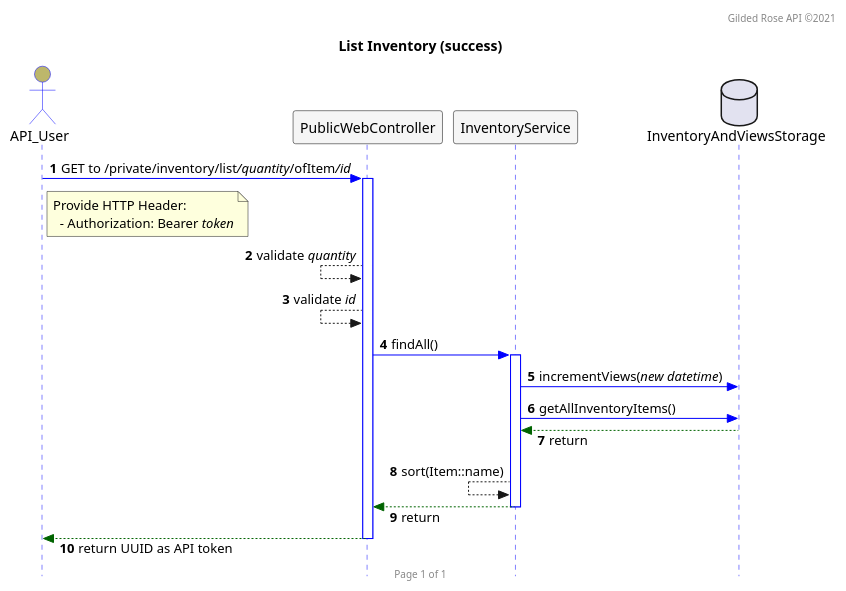
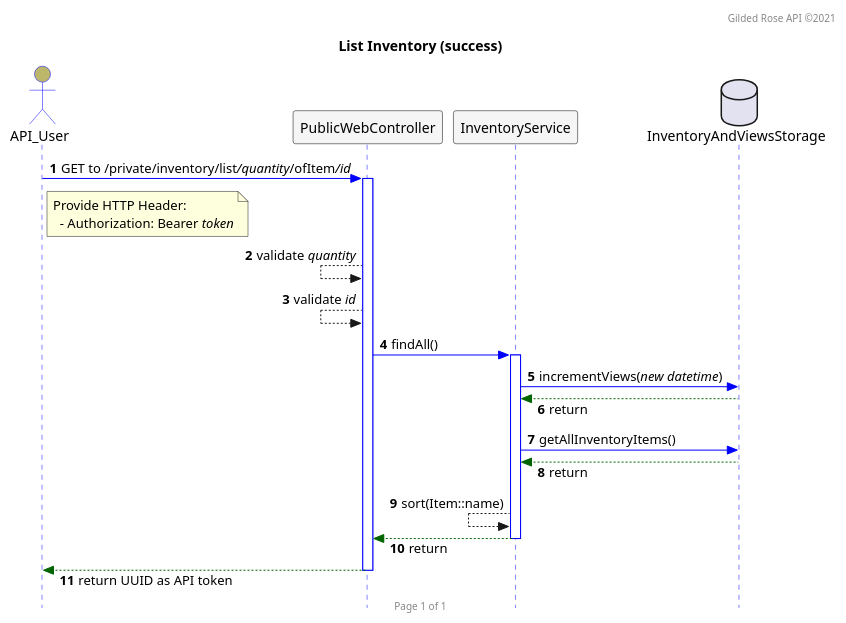
The diagram in src/main/resources/seq.list.puml (bladewheels/GildedRoseAPI), drawn with PlantUML before and after one commit.

```diff
--- a/src/main/resources/seq.list.puml
+++ b/src/main/resources/seq.list.puml
@@ -1,46 +1,47 @@
 @startuml
 
 autonumber
 header Gilded Rose API ©2021
 footer Page 1 of 1
 hide footbox
 
 skinparam responseMessageBelowArrow true
 skinparam sequence {
   ActorBackgroundColor DarkKhaki
   ActorBorderColor Blue
   DatabaseBackgroundColor Gray
   DatabaseBorderColor Black
   LifeLineBorderColor Blue
   ParticipantBackgroundColor WhiteSmoke
   ParticipantBorderColor Black
 }
 skinparam style strictuml
 
 title List Inventory (success)
 
 actor API_User
 participant PublicWebController
 participant InventoryService
 database InventoryAndViewsStorage
 
 API_User -[#0000FF]> PublicWebController : GET to /private/inventory/list///quantity///ofItem///id//
 note right of API_User
  Provide HTTP Header:
    - Authorization: Bearer //token//
 end note
 activate PublicWebController
 PublicWebController <-- PublicWebController : validate //quantity//
 PublicWebController <-- PublicWebController : validate //id//
 PublicWebController -[#0000FF]> InventoryService : findAll()
 activate InventoryService
 InventoryService -[#0000FF]> InventoryAndViewsStorage : incrementViews(//new datetime//)
+InventoryService <[#DarkGreen]-- InventoryAndViewsStorage : return
 InventoryService -[#0000FF]> InventoryAndViewsStorage : getAllInventoryItems()
 InventoryService <[#DarkGreen]-- InventoryAndViewsStorage : return
 InventoryService <-- InventoryService : sort(Item::name)
 PublicWebController <[#DarkGreen]-- InventoryService : return
 deactivate InventoryService
 API_User <[#DarkGreen]-- PublicWebController : return UUID as API token
 deactivate PublicWebController
 
 @enduml
```
